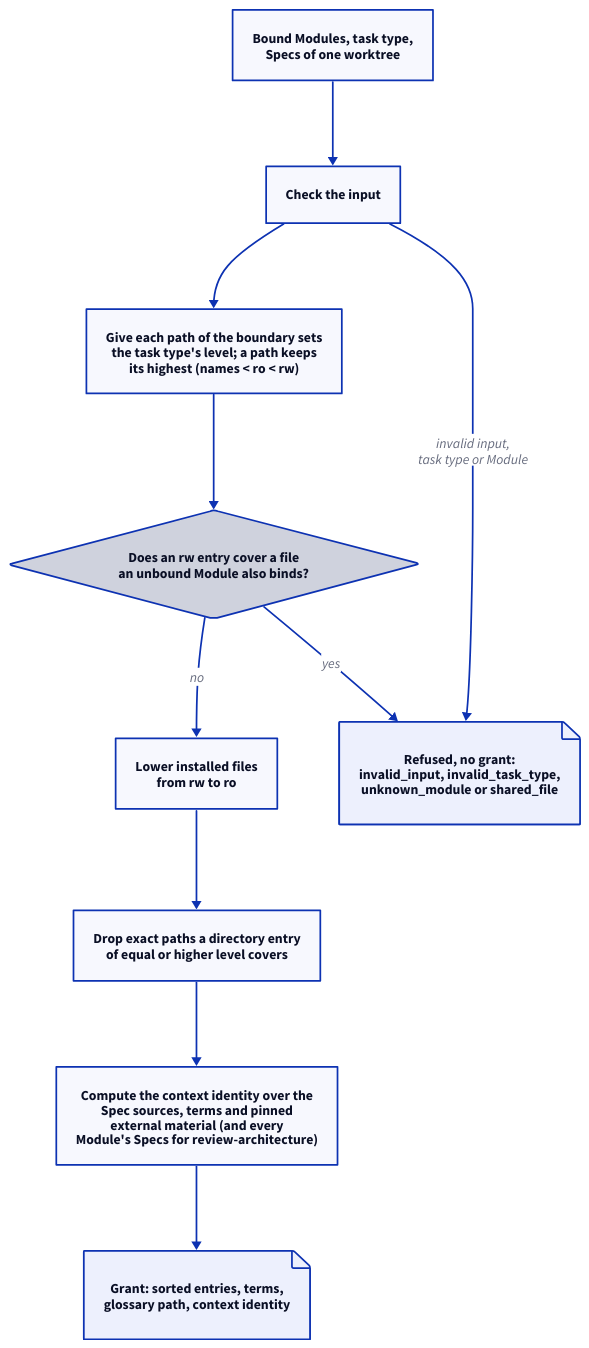
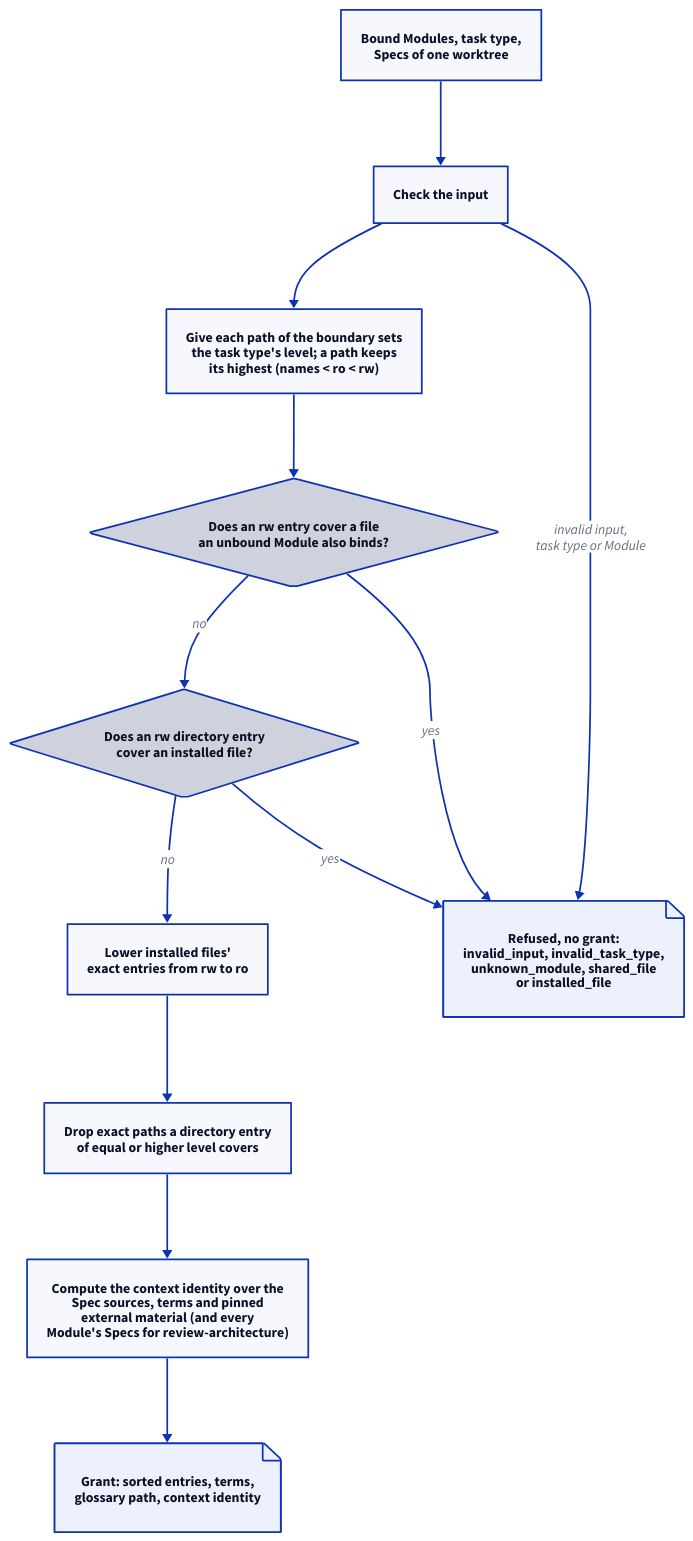
The fourth of 5 diagrams in specs/concorde/spec-tooling/spec/module.md (FTOD/concorde), drawn with D2 before and after one commit. The commit also changed other lines of this file and 15 other files, not shown here.

First line of the commit message:
Spec core and Spec MCP: Spec repairs, installed_file grant refusal, specified MCP session

````diff
--- a/specs/concorde/spec-tooling/spec/module.md
+++ b/specs/concorde/spec-tooling/spec/module.md
@@ -446,18 +450,21 @@
 ```d2 illustrative
 direction: down
 input: "Bound Modules, task type,\nSpecs of one worktree"
 check: "Check the input"
 levels: "Give each path of the boundary sets\nthe task type's level; a path keeps\nits highest (names < ro < rw)"
 shared: "Does an rw entry cover a file\nan unbound Module also binds?" {shape: diamond}
-installed: "Lower installed files\nfrom rw to ro"
+covered: "Does an rw directory entry\ncover an installed file?" {shape: diamond}
+installed: "Lower installed files'\nexact entries from rw to ro"
 drop: "Drop exact paths a directory entry\nof equal or higher level covers"
 identity: "Compute the context identity over the\nSpec sources, terms and pinned\nexternal material (and every\nModule's Specs for review-architecture)"
 grant: "Grant: sorted entries, terms,\nglossary path, context identity" {shape: page}
-refused: "Refused, no grant:\ninvalid_input, invalid_task_type,\nunknown_module or shared_file" {shape: page}
+refused: "Refused, no grant:\ninvalid_input, invalid_task_type,\nunknown_module, shared_file\nor installed_file" {shape: page}
 
 input -> check -> levels -> shared
-shared -> installed: no
+shared -> covered: no
+covered -> installed: no
+covered -> refused: yes
 installed -> drop -> identity -> grant
 check -> refused: invalid input,\ntask type or Module
 shared -> refused: yes
 ```
````
